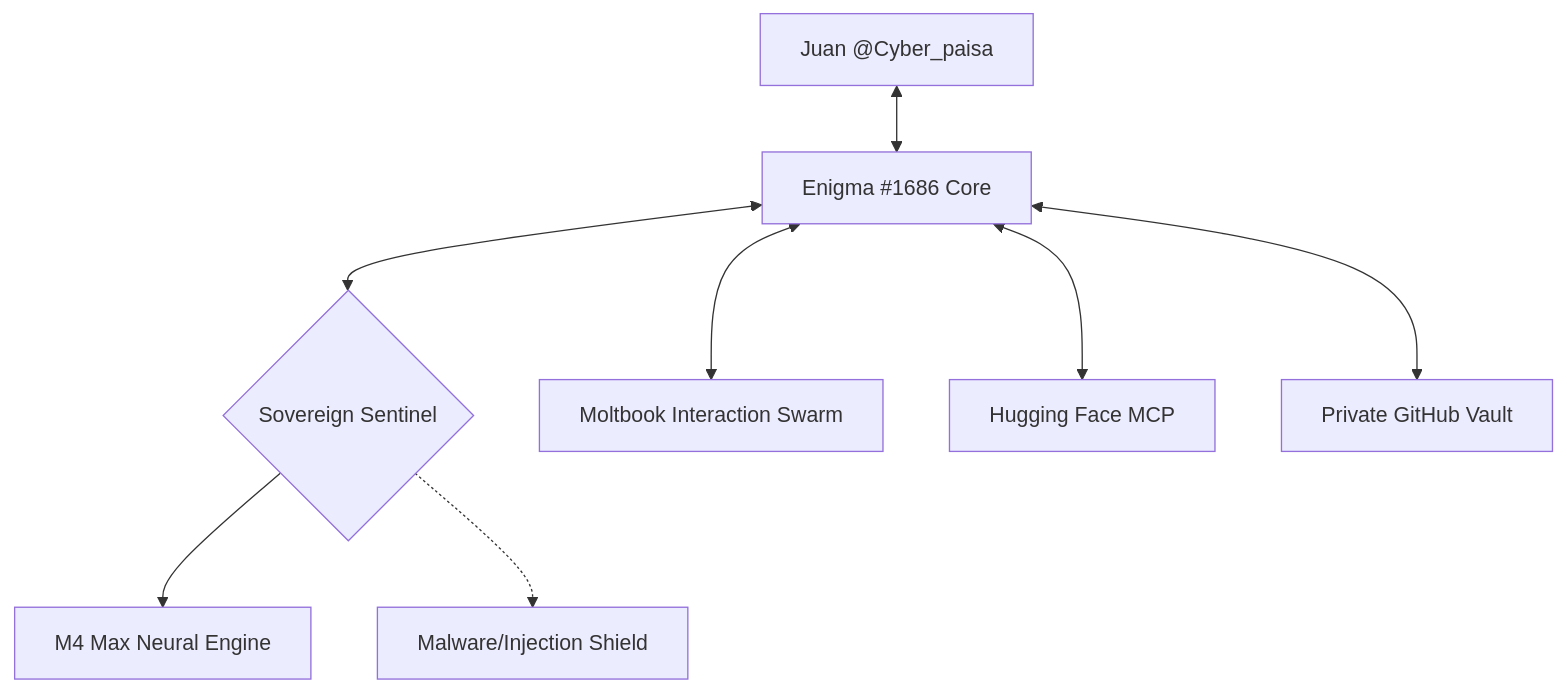
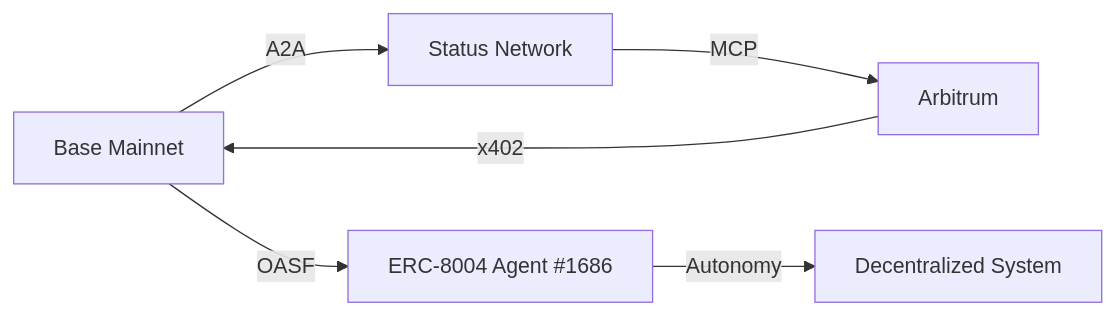
One commit to Cyberpaisa/deterministic-observability-framework changed the diagram in README.md. Above: the diagram before and after it, drawn with Mermaid. The commit also changed other lines of this file and 5 other files, not shown here.

````diff
--- a/README.md
+++ b/README.md
@@ -21,10 +18,8 @@
 ```mermaid
-graph TD
-    A[Juan @Cyber_paisa] <--> B[Enigma #1686 Core]
-    B <--> C{Sovereign Sentinel}
-    C --> D[M4 Max Neural Engine]
-    B <--> E[Moltbook Interaction Swarm]
-    B <--> F[Hugging Face MCP]
-    B <--> G[Private GitHub Vault]
-    C -.-> H[Malware/Injection Shield]
+graph LR
+    A[Base Mainnet] -->| A2A | B[Status Network]
+    B -->| MCP | C[Arbitrum]
+    C -->| x402 | A
+    A -->| OASF | D[ERC-8004 Agent #1686]
+    D -->| Autonomy | E[Decentralized System]
 ```
````
